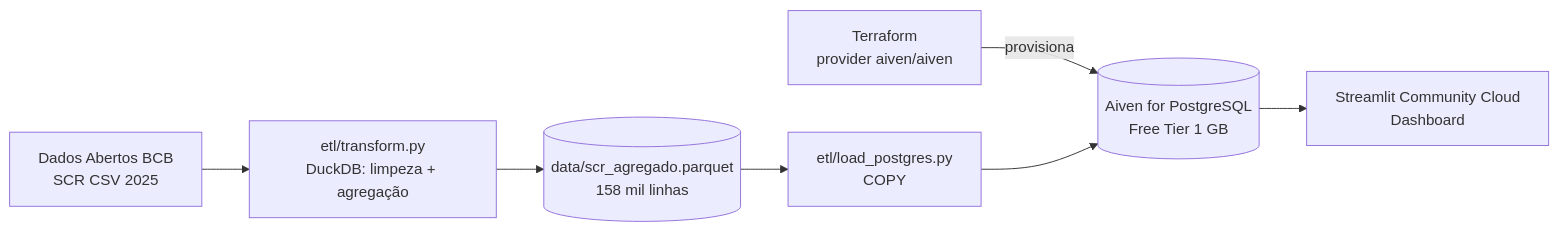
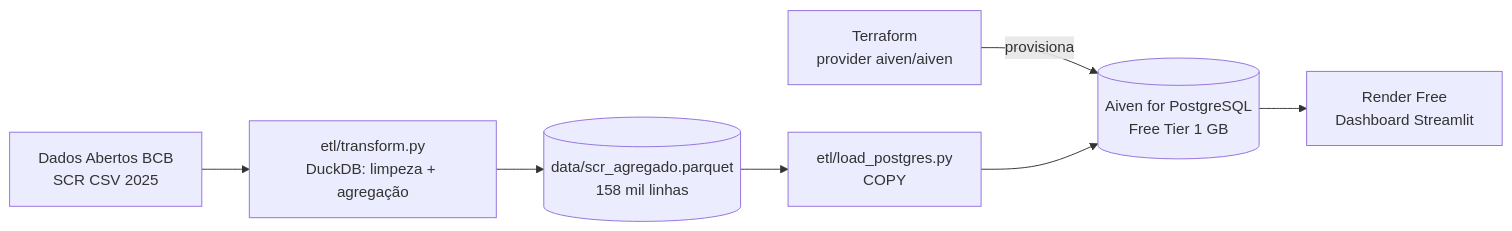
The diagram in README.md (Rodrigo-de-carvalho/Trabalho-de-sheila), drawn with Mermaid before and after one commit. The commit also changed other lines of this file and 2 other files, not shown here.

Commit message:
Deploy no Render (render.yaml) e README atualizado

````diff
--- a/README.md
+++ b/README.md
@@ -12,9 +12,9 @@
 ```mermaid
 flowchart LR
   A[Dados Abertos BCB<br/>SCR CSV 2025] --> B[etl/transform.py<br/>DuckDB: limpeza + agregação]
   B --> C[(data/scr_agregado.parquet<br/>158 mil linhas)]
   C --> D[etl/load_postgres.py<br/>COPY]
   T[Terraform<br/>provider aiven/aiven] -->|provisiona| E
   D --> E[(Aiven for PostgreSQL<br/>Free Tier 1 GB)]
-  E --> F[Streamlit Community Cloud<br/>Dashboard]
+  E --> F[Render Free<br/>Dashboard Streamlit]
 ```
````
